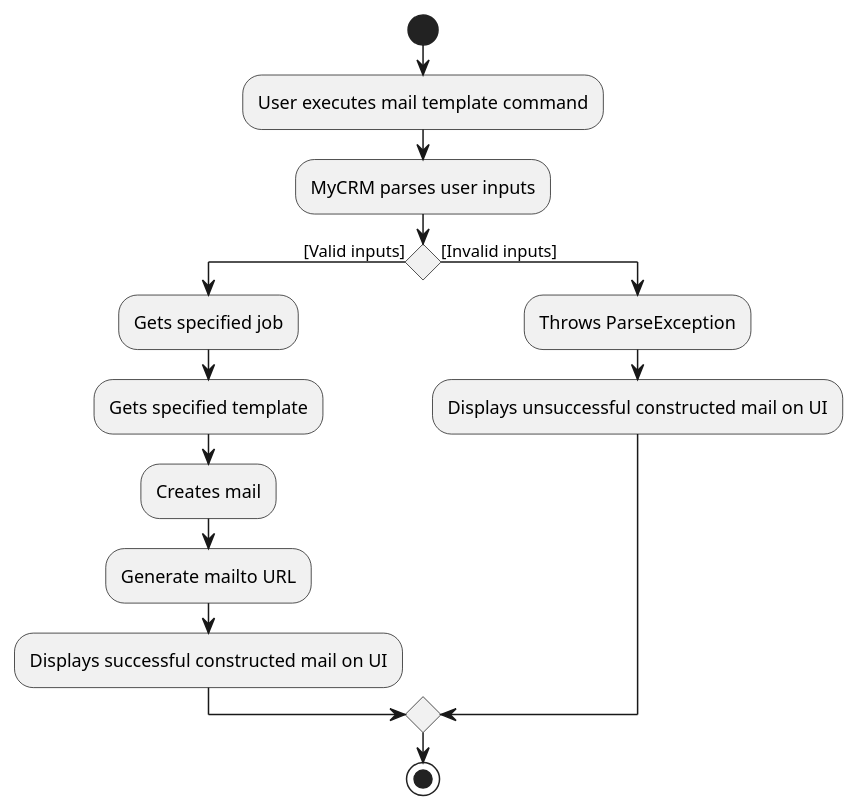
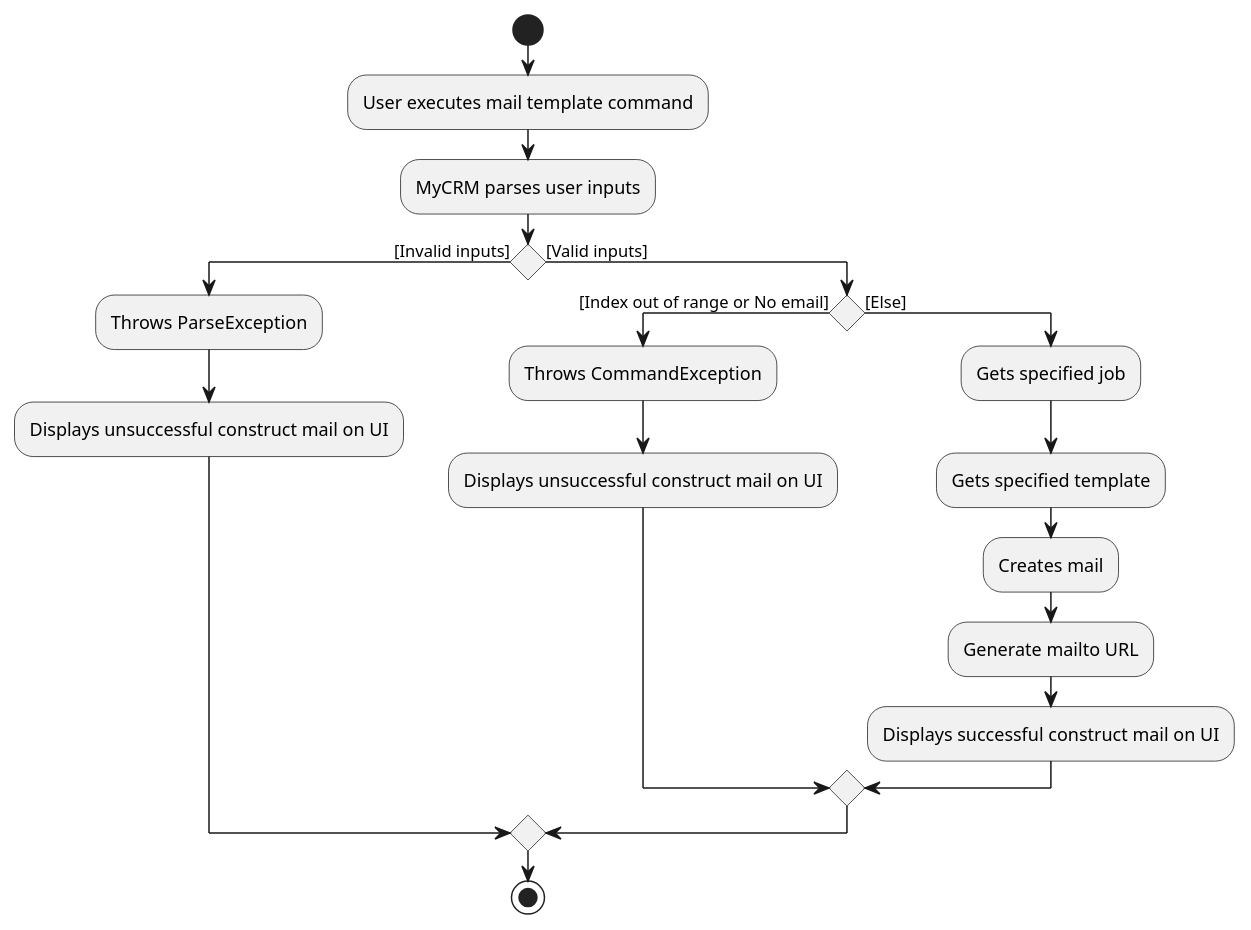
The diagram in docs/diagrams/mail/MailActivityDiagram.puml (ooawagaeri/tp), drawn with PlantUML before and after one commit. The commit also changed 14 other files, not shown here.

```diff
--- a/docs/diagrams/mail/MailActivityDiagram.puml
+++ b/docs/diagrams/mail/MailActivityDiagram.puml
@@ -1,17 +1,22 @@
 @startuml
 start
 :User executes mail template command;
 :MyCRM parses user inputs;
-if () then ([Valid inputs])
-    :Gets specified job;
-    :Gets specified template;
-    :Creates mail;
-    :Generate mailto URL;
-    :Displays successful constructed mail on UI;
-else ([Invalid inputs])
+if () then ([Invalid inputs])
     :Throws ParseException;
-    :Displays unsuccessful constructed mail on UI;
+    :Displays unsuccessful construct mail on UI;
+else ([Valid inputs])
+    if () then ([Index out of range or No email])
+        :Throws CommandException;
+        :Displays unsuccessful construct mail on UI;
+    else ([Else])
+        :Gets specified job;
+        :Gets specified template;
+        :Creates mail;
+        :Generate mailto URL;
+        :Displays successful construct mail on UI;
+    endif
 endif
 stop
 
 @enduml
```
